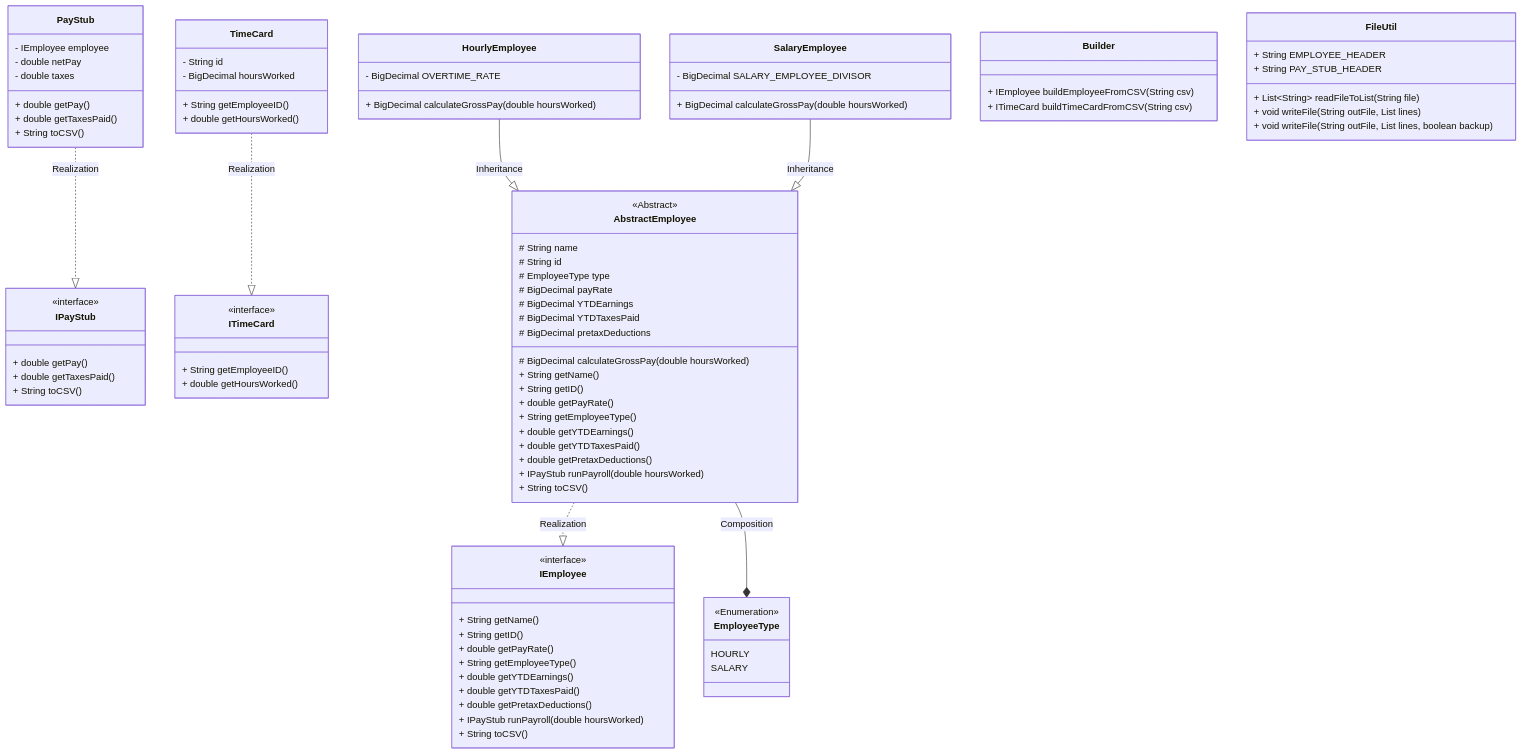
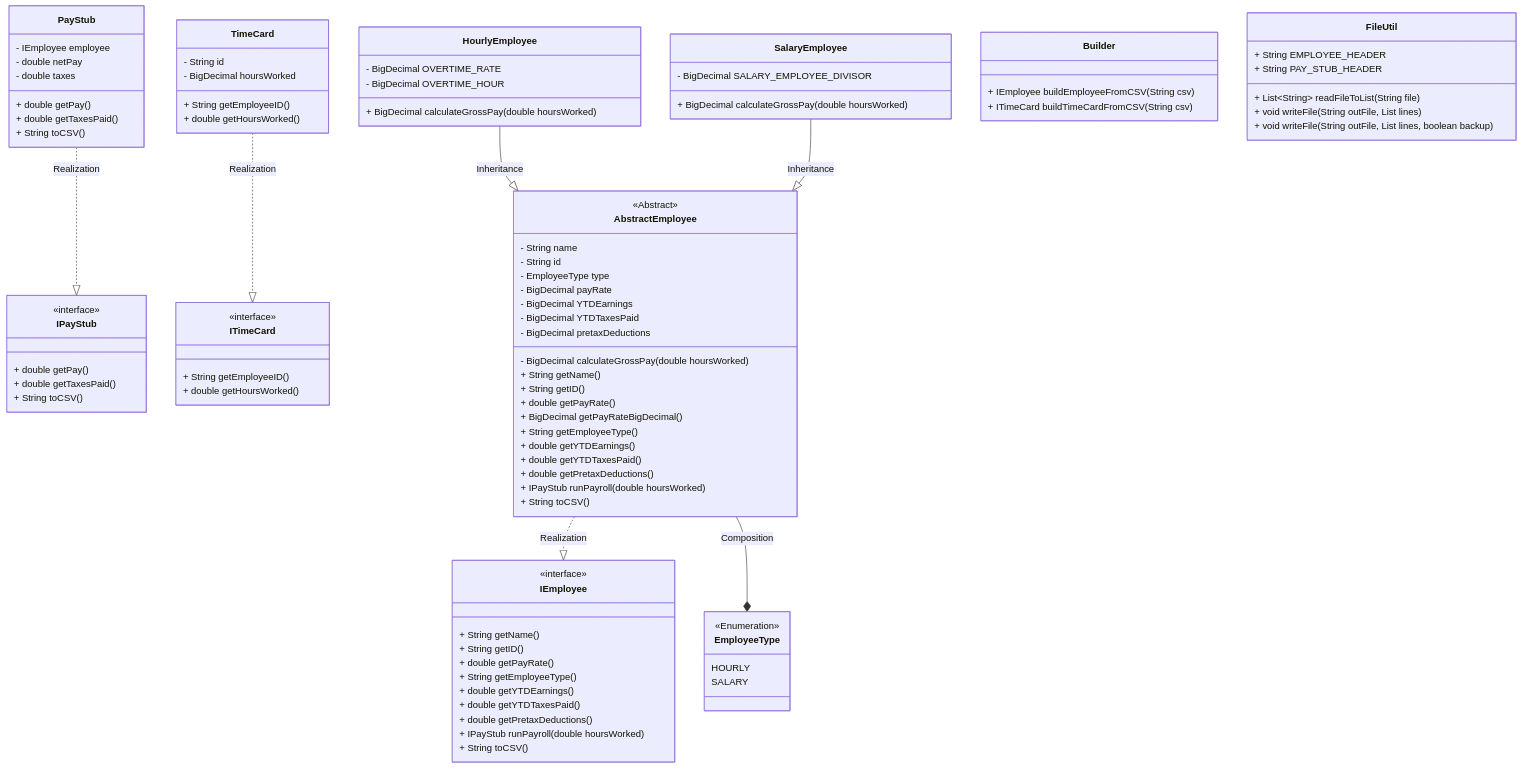
The second of 2 diagrams in DesignDocument.md (5004-SEA-Fa24-Geeng/payroll-gen-ChunWenHsueh), drawn with Mermaid before and after one commit. The commit also changed other lines of this file and 4 other files, not shown here.

Commit message:
added getPayRateBigDecimal() in AbstractEmployee.java and add overtime constants

```diff
--- a/DesignDocument.md
+++ b/DesignDocument.md
@@ -163,6 +163,7 @@
 
     class HourlyEmployee {
         - BigDecimal OVERTIME_RATE
+        - BigDecimal OVERTIME_HOUR
         + BigDecimal calculateGrossPay(double hoursWorked)
     }
 
@@ -173,17 +174,18 @@
 
     class AbstractEmployee {
         <<Abstract>>
-        # String name
-        # String id
-        # EmployeeType type
-        # BigDecimal payRate
-        # BigDecimal YTDEarnings
-        # BigDecimal YTDTaxesPaid
-        # BigDecimal pretaxDeductions
-        # BigDecimal calculateGrossPay(double hoursWorked)
+        - String name
+        - String id
+        - EmployeeType type
+        - BigDecimal payRate
+        - BigDecimal YTDEarnings
+        - BigDecimal YTDTaxesPaid
+        - BigDecimal pretaxDeductions
+        - BigDecimal calculateGrossPay(double hoursWorked)
         + String getName()
         + String getID()
         + double getPayRate()
+        + BigDecimal getPayRateBigDecimal()
         + String getEmployeeType()
         + double getYTDEarnings()
         + double getYTDTaxesPaid()
```
